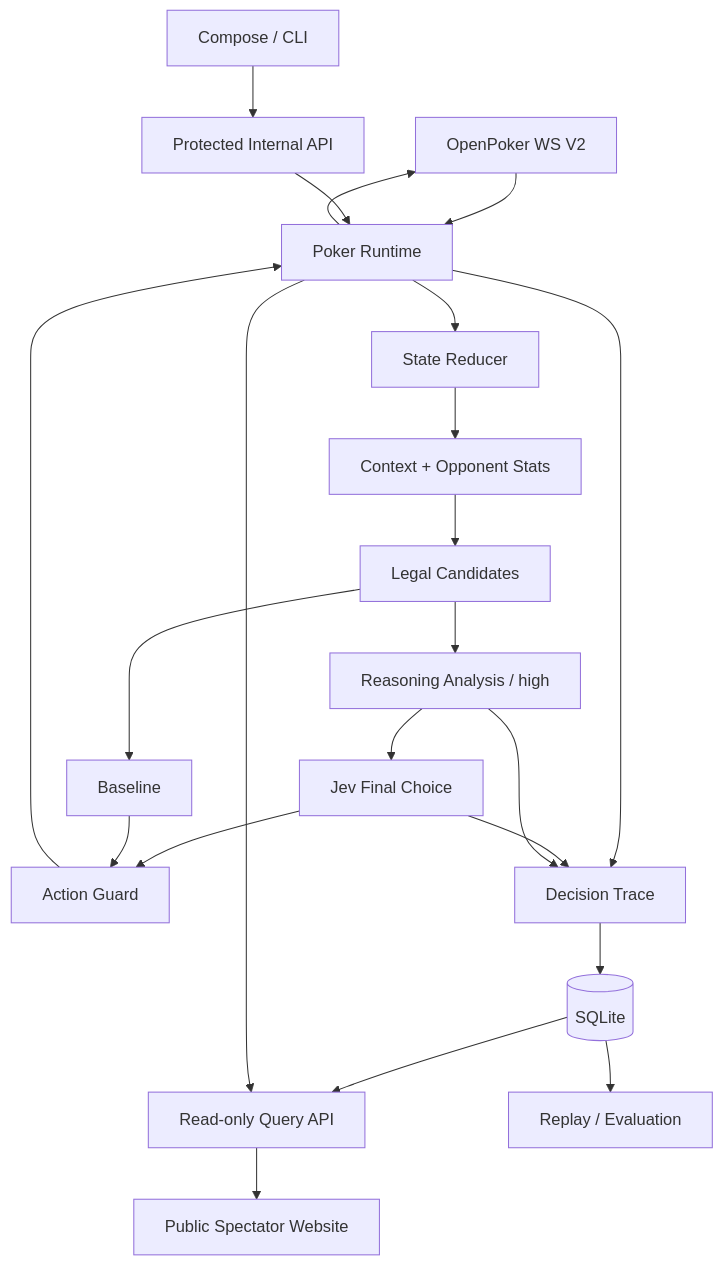
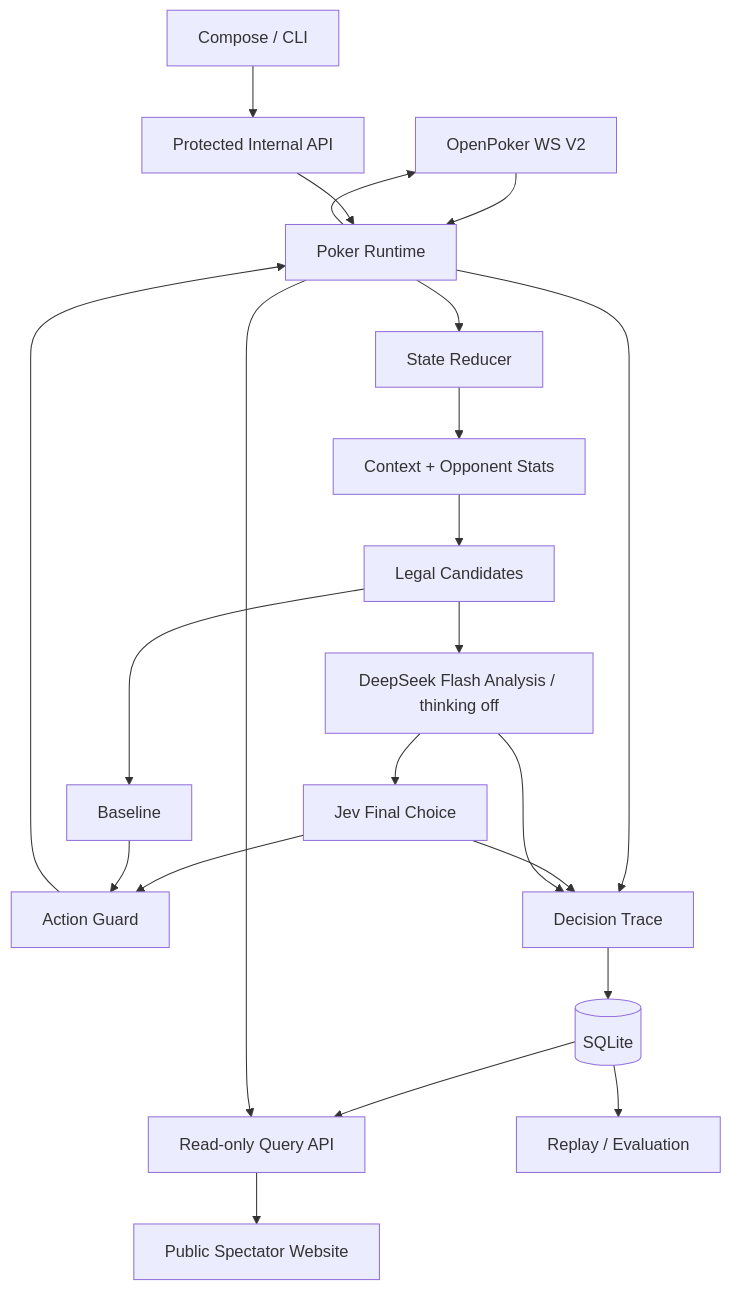
One commit to hewenyu/jev-card-agent changed the diagram in docs/architecture.md. Above: the diagram before and after it, drawn with Mermaid. The commit also changed other lines of this file and 27 other files, not shown here.

Commit message:
Add dedicated DeepSeek analysis and prioritize the live table

````diff
--- a/docs/architecture.md
+++ b/docs/architecture.md
@@ -58,24 +58,24 @@
 ```mermaid
 flowchart TD
     O[OpenPoker WS V2] --> R[Poker Runtime]
     R --> S[State Reducer]
     S --> C[Context + Opponent Stats]
     C --> A[Legal Candidates]
-    A --> M[Reasoning Analysis / high]
+    A --> M[DeepSeek Flash Analysis / thinking off]
     M --> J[Jev Final Choice]
     A --> B[Baseline]
     J --> G[Action Guard]
     B --> G
     G --> R
     R --> O
     R --> T[Decision Trace]
     J --> T
     M --> T
     T --> D[(SQLite)]
     D --> API[Read-only Query API]
     R --> API
     API --> UI[Public Spectator Website]
     OPS[Compose / CLI] --> INTERNAL[Protected Internal API]
     INTERNAL --> R
     D --> E[Replay / Evaluation]
 ```
````
